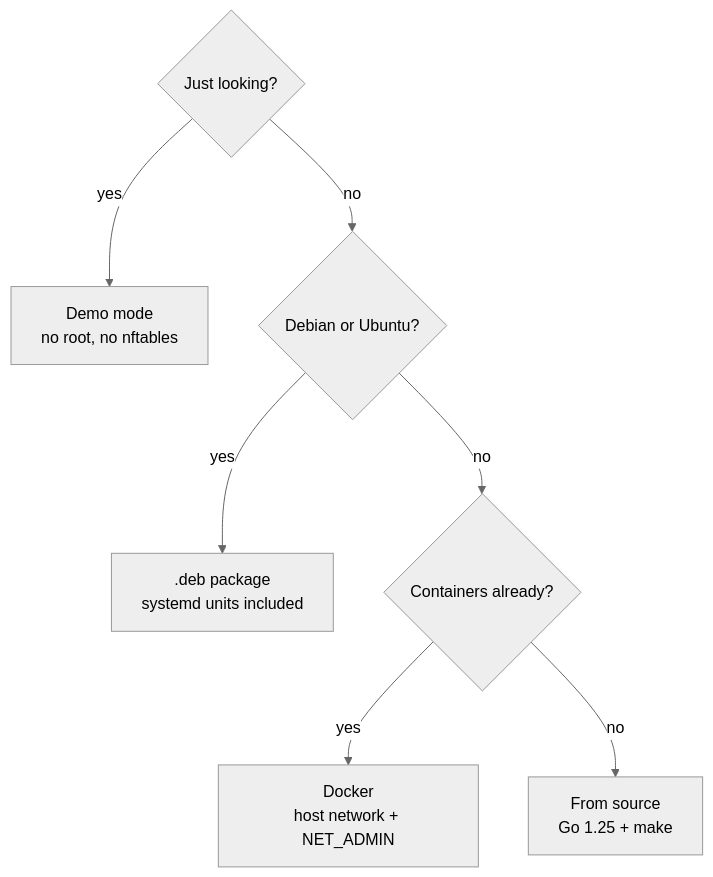
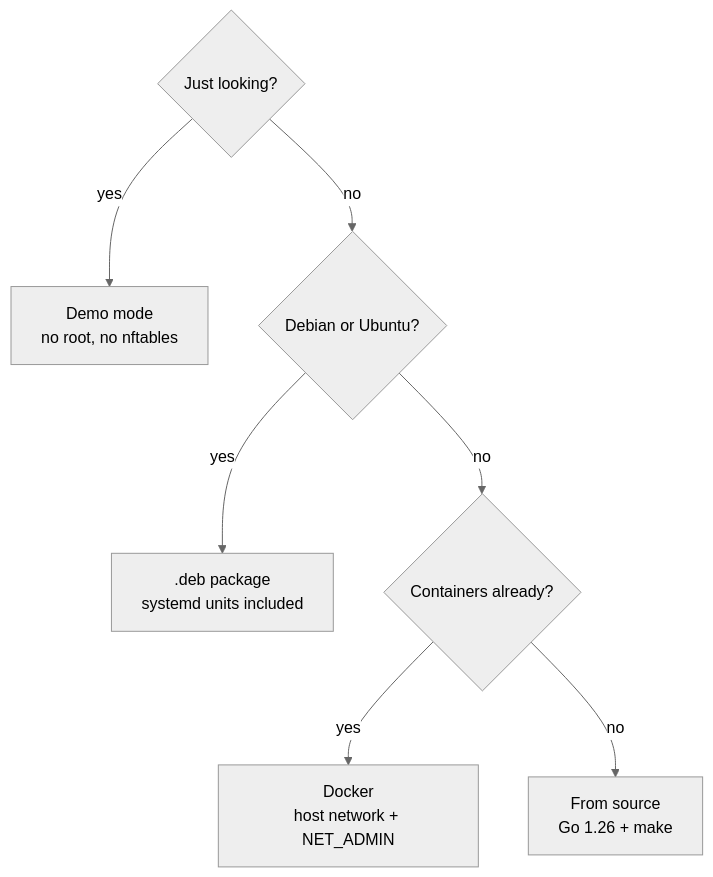
One commit to jp1337/easywall changed the diagram in docs/_diagrams/install-choice.mmd. Above: the diagram before and after it, drawn with Mermaid (neutral theme). The commit also changed 14 other files, not shown here.

```diff
--- a/docs/_diagrams/install-choice.mmd
+++ b/docs/_diagrams/install-choice.mmd
@@ -1,7 +1,7 @@
 flowchart TD
   Q1{"Just looking?"} -->|yes| DEMO["Demo mode<br/>no root, no nftables"]
   Q1 -->|no| Q2{"Debian or Ubuntu?"}
   Q2 -->|yes| DEB[".deb package<br/>systemd units included"]
   Q2 -->|no| Q3{"Containers already?"}
   Q3 -->|yes| DOCK["Docker<br/>host network + NET_ADMIN"]
-  Q3 -->|no| SRC["From source<br/>Go 1.25 + make"]
+  Q3 -->|no| SRC["From source<br/>Go 1.26 + make"]
```
